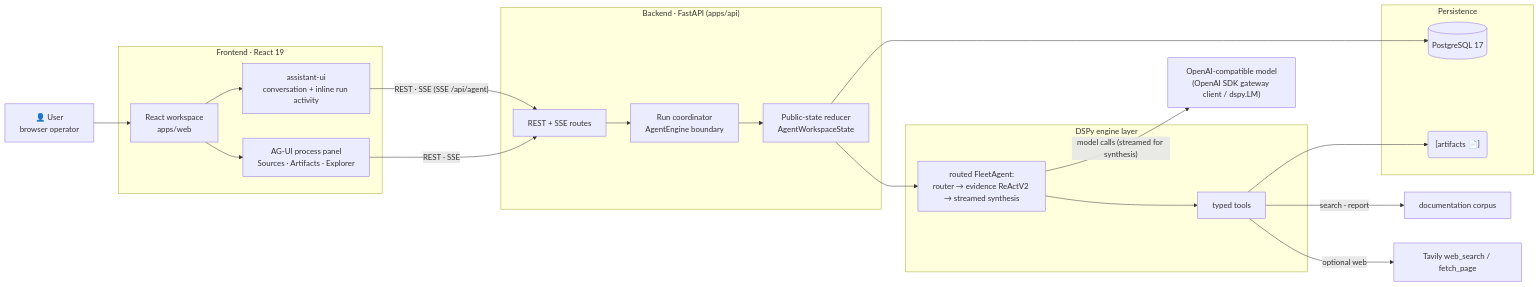
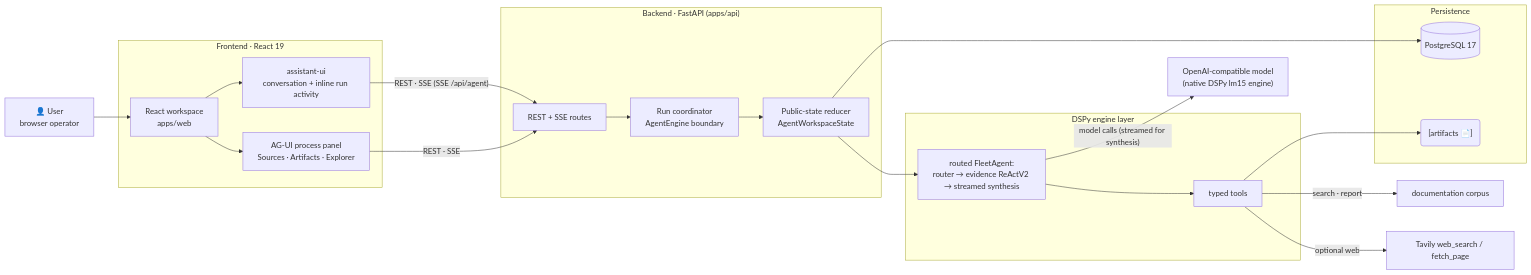
The first of 5 diagrams in docs/architecture.md (Qredence/fleet-agent), drawn with Mermaid before and after one commit. The commit also changed 77 other files, not shown here.

Commit message:
Simplify environment setup and remove legacy flows

````diff
--- a/docs/architecture.md
+++ b/docs/architecture.md
@@ -20,31 +20,31 @@
 ```mermaid
 flowchart LR
     USER["👤 User\nbrowser operator"] --> UI["React workspace\napps/web"]
 
     subgraph FRONT["Frontend · React 19"]
         UI --> CHAT["assistant-ui\nconversation + inline run activity"]
         UI --> PP["AG-UI process panel\nSources · Artifacts · Explorer"]
     end
 
     subgraph API["Backend · FastAPI (apps/api)"]
         ROUTES["REST + SSE routes"] --> COORD["Run coordinator\nAgentEngine boundary"]
         COORD --> PUBLIC["Public-state reducer\nAgentWorkspaceState"]
     end
 
     CHAT -->|"REST · SSE (SSE /api/agent)"| ROUTES
     PP -->|"REST · SSE"| ROUTES
 
     subgraph ENG["DSPy engine layer"]
         PUBLIC --> DSPY["routed FleetAgent:\nrouter → evidence ReActV2 → streamed synthesis"]
         DSPY --> TOOLS["typed tools"]
     end
 
     TOOLS -->|"search · report"| DOCS["documentation corpus"]
     TOOLS -->|"optional web"| TAV["Tavily web_search / fetch_page"]
-    DSPY -->|"model calls (streamed for synthesis)"| LM["OpenAI-compatible model\n(OpenAI SDK gateway client / dspy.LM)"]
+    DSPY -->|"model calls (streamed for synthesis)"| LM["OpenAI-compatible model\n(native DSPy lm15 engine)"]
 
     subgraph DATA["Persistence"]
         PUBLIC --> PG[("PostgreSQL 17")]
         TOOLS --> ART("[artifacts 📄]")
     end
 ```
````
